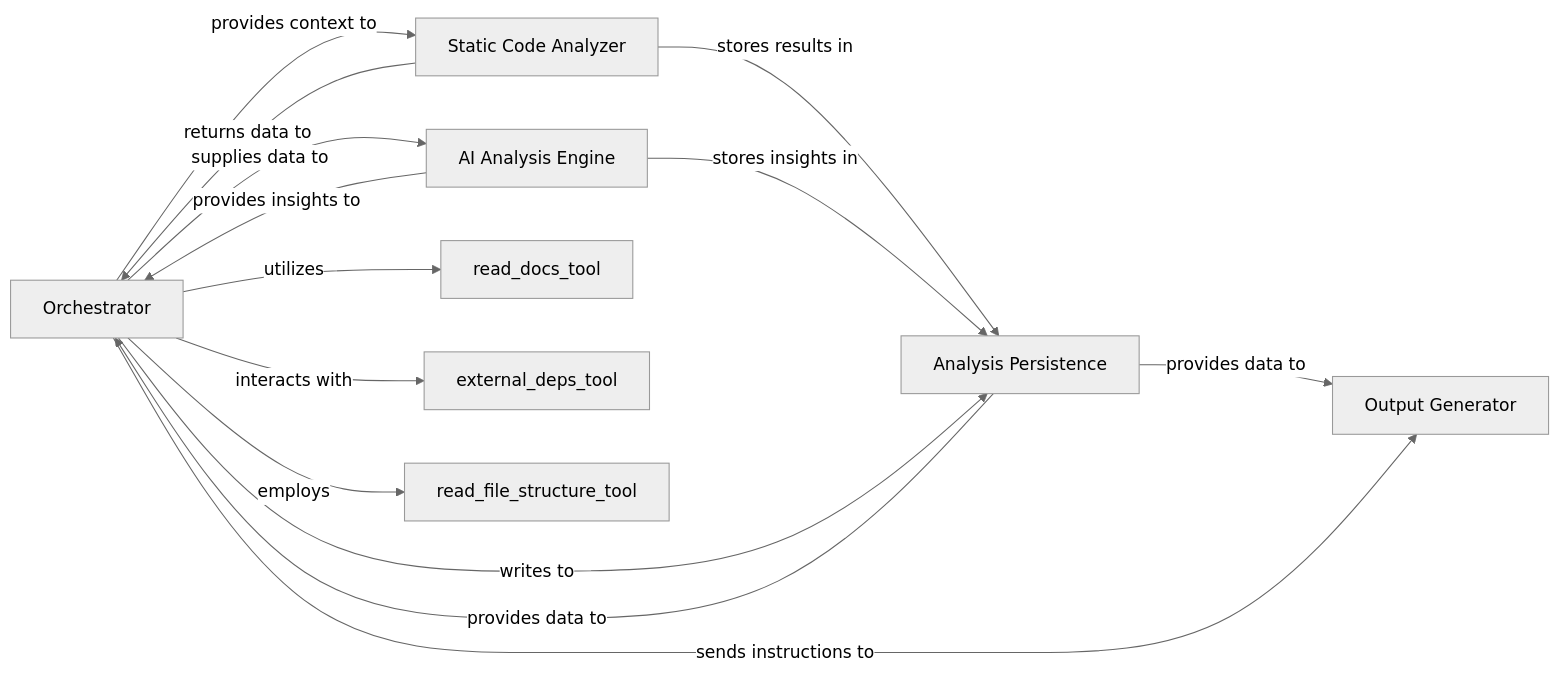
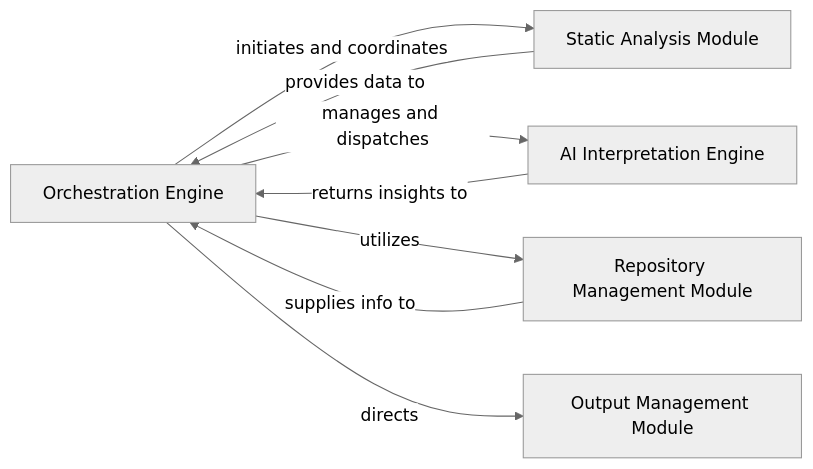
One commit to mariyam866/CodeBoarding changed the fifth of 8 diagrams in docs/development/architecture.md. Above: the diagram before and after it, drawn with Mermaid (neutral theme). The commit also changed other lines of this file and 25 other files, not shown here.

First line of the commit message:
docs: update codeboarding documentation and generate architecture

````diff
--- a/docs/development/architecture.md
+++ b/docs/development/architecture.md
@@ -194,23 +352,16 @@
 ```mermaid
 graph LR
-    Orchestrator["Orchestrator"]
-    Static_Code_Analyzer["Static Code Analyzer"]
-    AI_Analysis_Engine["AI Analysis Engine"]
-    Analysis_Persistence["Analysis Persistence"]
-    Output_Generator["Output Generator"]
-    Orchestrator -- "provides context to" --> Static_Code_Analyzer
-    Orchestrator -- "supplies data to" --> AI_Analysis_Engine
-    Static_Code_Analyzer -- "returns data to" --> Orchestrator
-    Static_Code_Analyzer -- "stores results in" --> Analysis_Persistence
-    AI_Analysis_Engine -- "provides insights to" --> Orchestrator
-    AI_Analysis_Engine -- "stores insights in" --> Analysis_Persistence
-    Orchestrator -- "writes to" --> Analysis_Persistence
-    Analysis_Persistence -- "provides data to" --> Orchestrator
-    Analysis_Persistence -- "provides data to" --> Output_Generator
-    Orchestrator -- "sends instructions to" --> Output_Generator
-    Orchestrator -- "utilizes" --> read_docs_tool
-    Orchestrator -- "interacts with" --> external_deps_tool
-    Orchestrator -- "employs" --> read_file_structure_tool
-    click Orchestrator href "https://github.com/CodeBoarding/CodeBoarding/blob/main/.codeboarding/Orchestrator.md" "Details"
-    click Output_Generator href "https://github.com/CodeBoarding/CodeBoarding/blob/main/.codeboarding/Output_Generator.md" "Details"
+    Orchestration_Engine["Orchestration Engine"]
+    Static_Analysis_Module["Static Analysis Module"]
+    AI_Interpretation_Engine["AI Interpretation Engine"]
+    Repository_Management_Module["Repository Management Module"]
+    Output_Management_Module["Output Management Module"]
+    Orchestration_Engine -- "initiates and coordinates" --> Static_Analysis_Module
+    Orchestration_Engine -- "manages and dispatches" --> AI_Interpretation_Engine
+    Orchestration_Engine -- "utilizes" --> Repository_Management_Module
+    Orchestration_Engine -- "directs" --> Output_Management_Module
+    Static_Analysis_Module -- "provides data to" --> Orchestration_Engine
+    AI_Interpretation_Engine -- "returns insights to" --> Orchestration_Engine
+    Repository_Management_Module -- "supplies info to" --> Orchestration_Engine
+    click Orchestration_Engine href "https://github.com/CodeBoarding/CodeBoarding/blob/main/.codeboarding/Orchestration_Engine.md" "Details"
 ```
````
